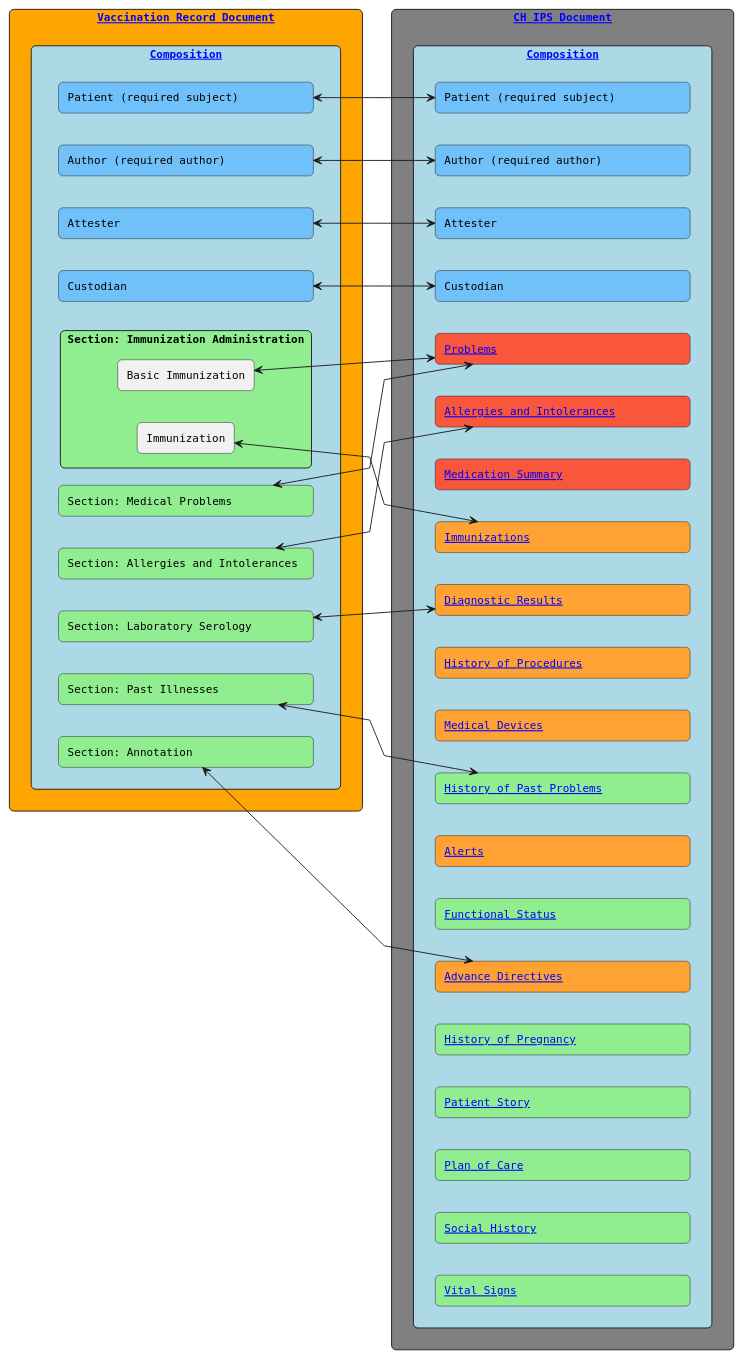
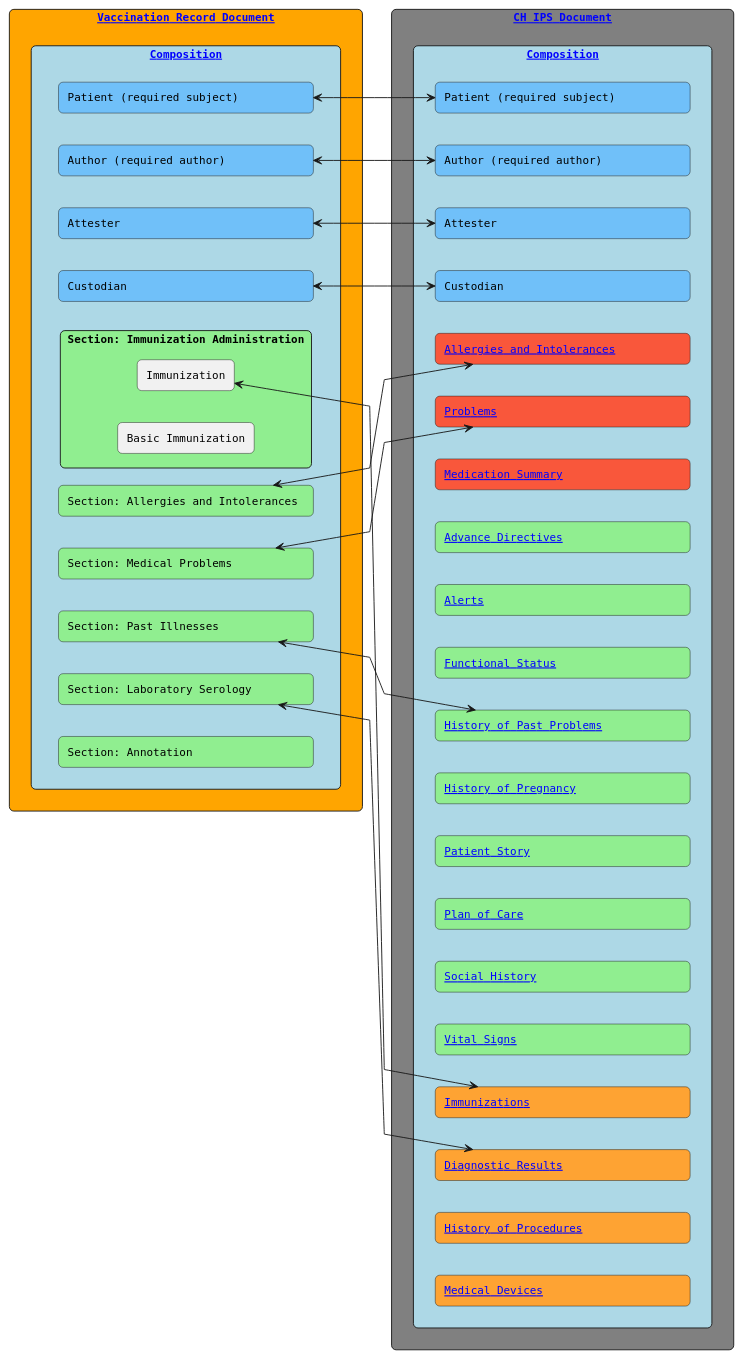
One commit to hl7ch/ch-vacd changed the diagram in input/images-source/chvacd-chips-document-relations.plantuml. Above: the diagram before and after it, drawn with PlantUML.

Commit message:
remove incorrect relations

```diff
--- a/input/images-source/chvacd-chips-document-relations.plantuml
+++ b/input/images-source/chvacd-chips-document-relations.plantuml
@@ -1,117 +1,126 @@
 @startuml CH-VACD_CH-IPS-Document
 skinparam shadowing false
 skinparam defaultFontName Monospaced
 skinparam defaultTextAlignment center
 skinparam rectangle {
     roundCorner 10
 }
 
 skinparam linetype polyline
 skinparam defaultFontSize 12
 
 left to right direction
 together {
     rectangle "[[http://fhir.ch/ig/ch-vacd/StructureDefinition/ch-vacd-document-vaccination-record Vaccination Record Document]]" as document #Orange {
         rectangle "[[http://fhir.ch/ig/ch-vacd/StructureDefinition/ch-vacd-composition-vaccination-record Composition]]" as composition #Lightblue  {
             together {
                 rectangle "Patient (required subject)          " as patient #70c0f9 {
                 }
                 rectangle "Author (required author)            " as author #70c0f9 {
                 }
                 rectangle "Attester                            " as attester #70c0f9 {
                 }
                 rectangle "Custodian                           " as custodian #70c0f9 {
                 }
             }
             together {
                 rectangle "Section: Allergies and Intolerances " as allergies #LightGreen {
                 }
                 rectangle "Section: Immunization Administration" as immunization #LightGreen {
                     rectangle "Immunization" as immunizationCard {
                     }
                     rectangle "Basic Immunization" as basicImmunizationCard {
                     }
                 }
                 rectangle "Section: Medical Problems           " as medicalProblems #LightGreen {
                 }
                 rectangle "Section: Past Illnesses             " as pastIllnesses #LightGreen {
                 }
                 rectangle "Section: Laboratory Serology        " as laboratorySerology #LightGreen {
                 }
                 rectangle "Section: Annotation                 " as annotation #LightGreen {
                 }
             }
         }
     }
 
 
     rectangle "[[http://fhir.ch/ig/ch-ips/StructureDefinition/ch-ips-document-epr CH IPS Document]]" as documentips #Grey {
         rectangle "[[http://fhir.ch/ig/ch-ips/StructureDefinition/ch-ips-composition Composition]]" as compositionips #Lightblue   {
+
             together {
                 rectangle "Patient (required subject)          " as patientips #70c0f9 {
                 }
                 rectangle "Author (required author)            " as authorips #70c0f9{
                 }
                 rectangle "Attester                            " as attesterips #70c0f9 {
                 }
                 rectangle "Custodian                           " as custordianips #70c0f9 {
                 }
             }
+
             together {
                 rectangle "[[https://hl7.org/fhir/uv/ips/STU2/Structure-of-the-International-Patient-Summary.html#problem-list Problems                            ]]" as problemsips #f9573b {
                 }
                 rectangle "[[https://hl7.org/fhir/uv/ips/STU2/Structure-of-the-International-Patient-Summary.html#allergies-and-intolerances Allergies and Intolerances          ]]" as allergiesips #f9573b {
                 }
                 rectangle "[[https://hl7.org/fhir/uv/ips/STU2/Structure-of-the-International-Patient-Summary.html#medication-summary Medication Summary                  ]]" as medicationSummaryips #f9573b {
                 }
             }
+
             together {
                 rectangle "[[https://hl7.org/fhir/uv/ips/STU2/Structure-of-the-International-Patient-Summary.html#immunizations Immunizations                       ]]" as immunizationsips #fea333 {
                 }
                 rectangle "[[https://hl7.org/fhir/uv/ips/STU2/Structure-of-the-International-Patient-Summary.html#diagnostic-results Diagnostic Results                  ]]" as diagnosticResultsips #fea333 {
                 }
                 rectangle "[[https://hl7.org/fhir/uv/ips/STU2/Structure-of-the-International-Patient-Summary.html#history-of-procedures History of Procedures               ]]" as historyOfProceduresips #fea333 {
                 }
                 rectangle "[[https://hl7.org/fhir/uv/ips/STU2/Structure-of-the-International-Patient-Summary.html#medical-devices Medical Devices                     ]]" as medicalDevicesips #fea333 {
                 }
+
             }
+
             together {
-                rectangle "[[https://hl7.org/fhir/uv/ips/STU2/Structure-of-the-International-Patient-Summary.html#advance-directives Advance Directives                  ]]" as advanceDirectivesips #fea333 {
+                rectangle "[[https://hl7.org/fhir/uv/ips/STU2/Structure-of-the-International-Patient-Summary.html#advance-directives Advance Directives                  ]]" as advanceDirectivesips #LightGreen {
                 }
-                rectangle "[[https://hl7.org/fhir/uv/ips/STU2/Structure-of-the-International-Patient-Summary.html#advance-directives Alerts                              ]]" as alertsips #fea333 {
+                rectangle "[[https://hl7.org/fhir/uv/ips/STU2/Structure-of-the-International-Patient-Summary.html#advance-directives Alerts                              ]]" as alertsips #LightGreen {
                 }
                 rectangle "[[https://hl7.org/fhir/uv/ips/STU2/Structure-of-the-International-Patient-Summary.html#functional-status Functional Status                   ]]" as functionalStatusips #LightGreen {
                 }
                 rectangle "[[https://hl7.org/fhir/uv/ips/STU2/Structure-of-the-International-Patient-Summary.html#history-of-past-problems History of Past Problems            ]]" as historyOfPastProblemsips #LightGreen {
                 }
                 rectangle "[[https://hl7.org/fhir/uv/ips/STU2/Structure-of-the-International-Patient-Summary.html#history-of-pregnancy History of Pregnancy                ]]" as historyOfPregnancyips #LightGreen {
                 }
                 rectangle "[[https://hl7.org/fhir/uv/ips/STU2/Structure-of-the-International-Patient-Summary.html#patient-story Patient Story                       ]]" as patientStoryips #LightGreen {
                 }
                 rectangle "[[https://hl7.org/fhir/uv/ips/STU2/Structure-of-the-International-Patient-Summary.html#plan-of-care Plan of Care                        ]]" as planOfCareips #LightGreen {
                 }
                 rectangle "[[https://hl7.org/fhir/uv/ips/STU2/Structure-of-the-International-Patient-Summary.html#social-history Social History                      ]]" as socialHistoryips #LightGreen {
                 }
                 rectangle "[[https://hl7.org/fhir/uv/ips/STU2/Structure-of-the-International-Patient-Summary.html#vital-signs Vital Signs                         ]]" as vitalSignsips #LightGreen {
                 }
 
             }
+
+
         }
     }
 
     patient <--> patientips
     author <--> authorips
     attester <--> attesterips
     custodian <--> custordianips
 
-    medicalProblems <--> problemsips
-    allergies <--> allergiesips
     immunizationCard <--> immunizationsips
 
-    basicImmunizationCard <--> problemsips
-    laboratorySerology <--> diagnosticResultsips
-    "annotation" <--> advanceDirectivesips
+    allergies <--> allergiesips
+    medicalProblems <--> problemsips
 
     pastIllnesses <--> historyOfPastProblemsips
+    laboratorySerology <--> diagnosticResultsips
+
+
+    ' basicImmunizationCard <--> problemsips
+    ' "annotation" <--> advanceDirectivesips
 }
 @enduml
```
